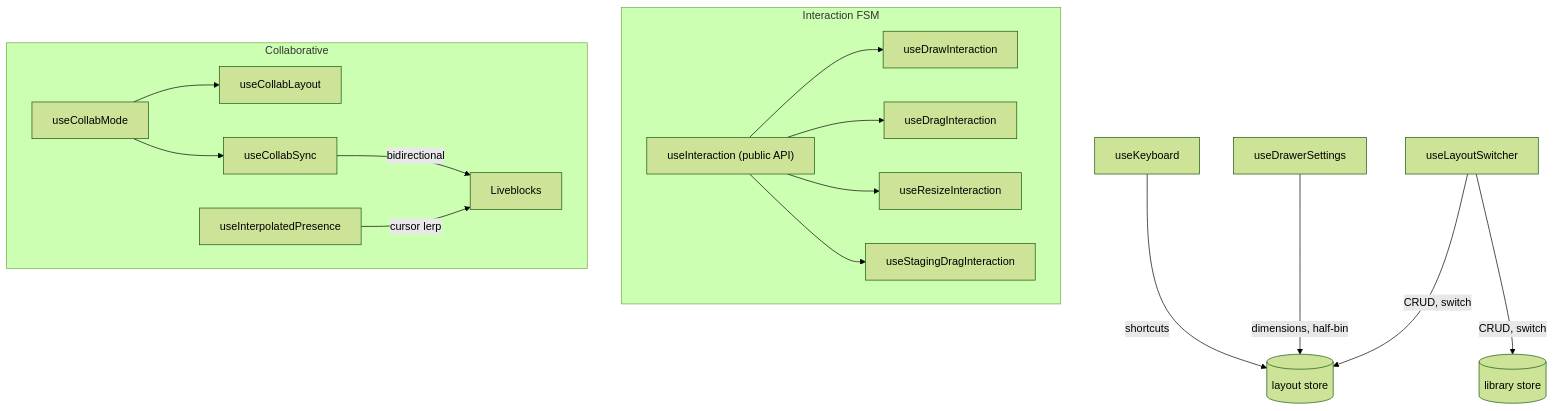
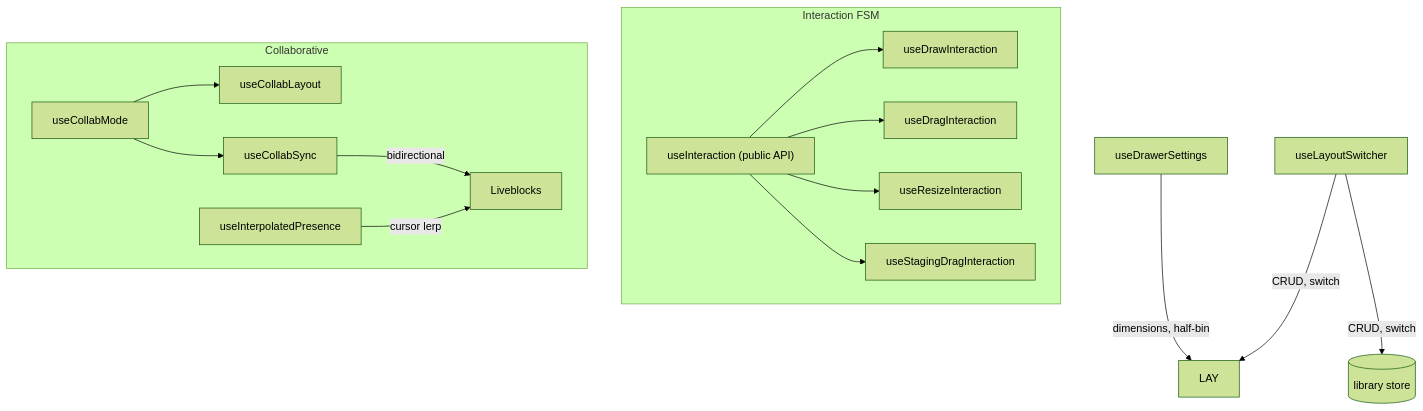
Before and after one commit to andymai/gridfinity-layout-tool: the diagram in src/shared/hooks/README.hooks.md, drawn with Mermaid (forest theme). The commit also changed other lines of this file and 22 other files, not shown here.

````diff
--- a/src/shared/hooks/README.hooks.md
+++ b/src/shared/hooks/README.hooks.md
@@ -5,20 +5,19 @@
 ```mermaid
 graph TB
     subgraph "Interaction FSM"
         UI["useInteraction (public API)"]
         UI --> DRAW[useDrawInteraction]
         UI --> DRAG[useDragInteraction]
         UI --> RESIZE[useResizeInteraction]
         UI --> SDRAG[useStagingDragInteraction]
     end
 
-    KB[useKeyboard] -->|shortcuts| LAY[(layout store)]
     DS[useDrawerSettings] -->|dimensions, half-bin| LAY
     LS[useLayoutSwitcher] -->|CRUD, switch| LIB[(library store)] & LAY
     subgraph "Collaborative"
         CM[useCollabMode] --> CL[useCollabLayout]
         CM --> CS[useCollabSync]
         CS -->|bidirectional| LB[Liveblocks]
         IP[useInterpolatedPresence] -->|cursor lerp| LB
     end
 ```
````
